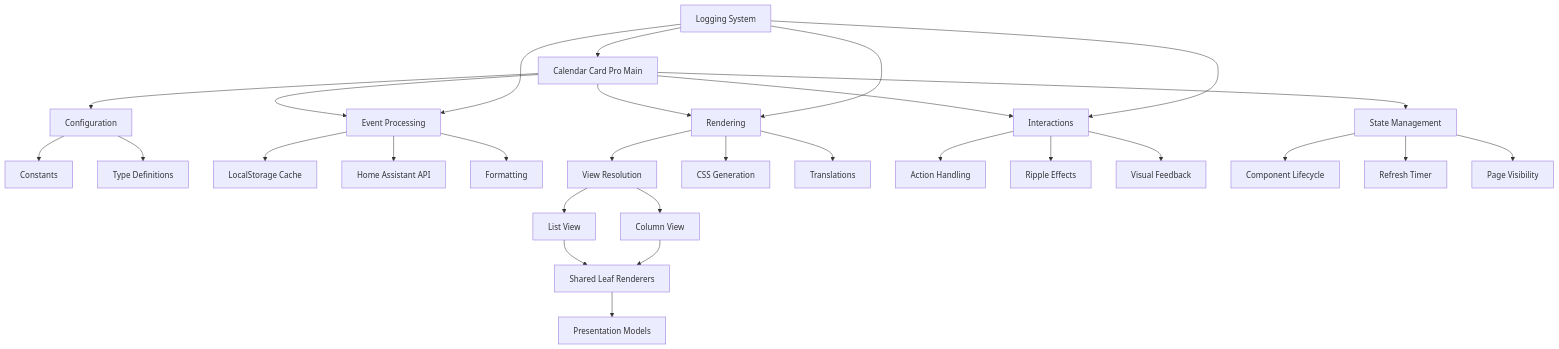
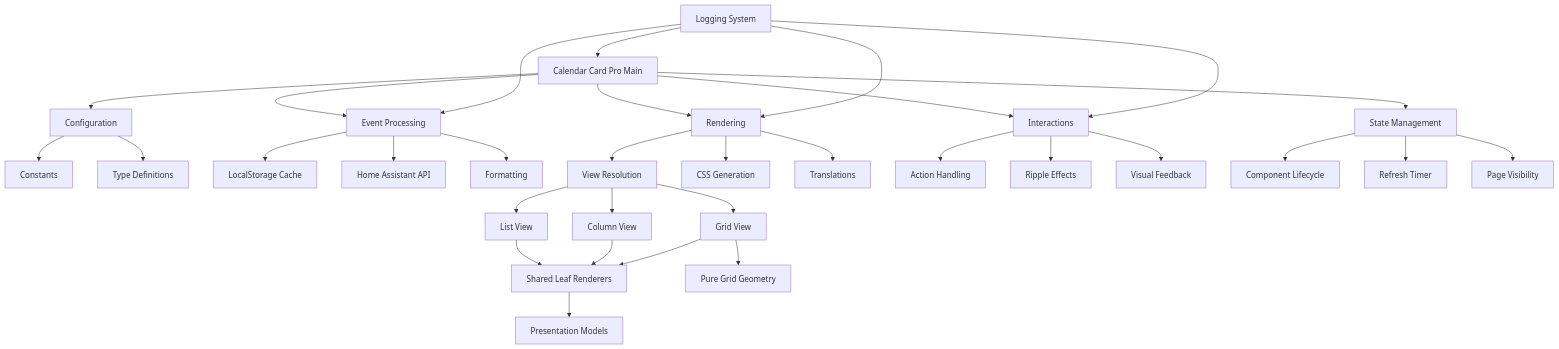
Before and after one commit to alexpfau/calendar-card-pro: the diagram in docs/architecture.md, drawn with Mermaid. The commit also changed other lines of this file and 25 other files, not shown here.

````diff
--- a/docs/architecture.md
+++ b/docs/architecture.md
@@ -275,43 +331,46 @@
 ```mermaid
 graph TD
     Main[Calendar Card Pro Main] --> Config[Configuration]
     Main --> Events[Event Processing]
     Main --> Render[Rendering]
     Main --> State[State Management]
     Main --> Inter[Interactions]
 
     %% Configuration interactions
     Config --> Constants[Constants]
     Config --> Types[Type Definitions]
 
     %% Event processing flow
     Events --> Cache[LocalStorage Cache]
     Events --> API[Home Assistant API]
     Events --> Format[Formatting]
 
     %% Rendering flow
     Render --> ViewRes[View Resolution]
     ViewRes --> List[List View]
     ViewRes --> Column[Column View]
+    ViewRes --> Grid[Grid View]
     List --> Leaves[Shared Leaf Renderers]
     Column --> Leaves
+    Grid --> Leaves
+    Grid --> Geometry[Pure Grid Geometry]
     Leaves --> Present[Presentation Models]
     Render --> Styles[CSS Generation]
     Render --> Localize[Translations]
 
     %% Interaction flow
     Inter --> Actions[Action Handling]
     Inter --> Ripple[Ripple Effects]
     Inter --> Feedback[Visual Feedback]
 
     %% State management
     State --> Lifecycle[Component Lifecycle]
     State --> Refresh[Refresh Timer]
     State --> Visibility[Page Visibility]
 
     %% Cross-cutting concerns
     Logger[Logging System] --> Main
     Logger --> Events
     Logger --> Render
     Logger --> Inter
 ```
````
